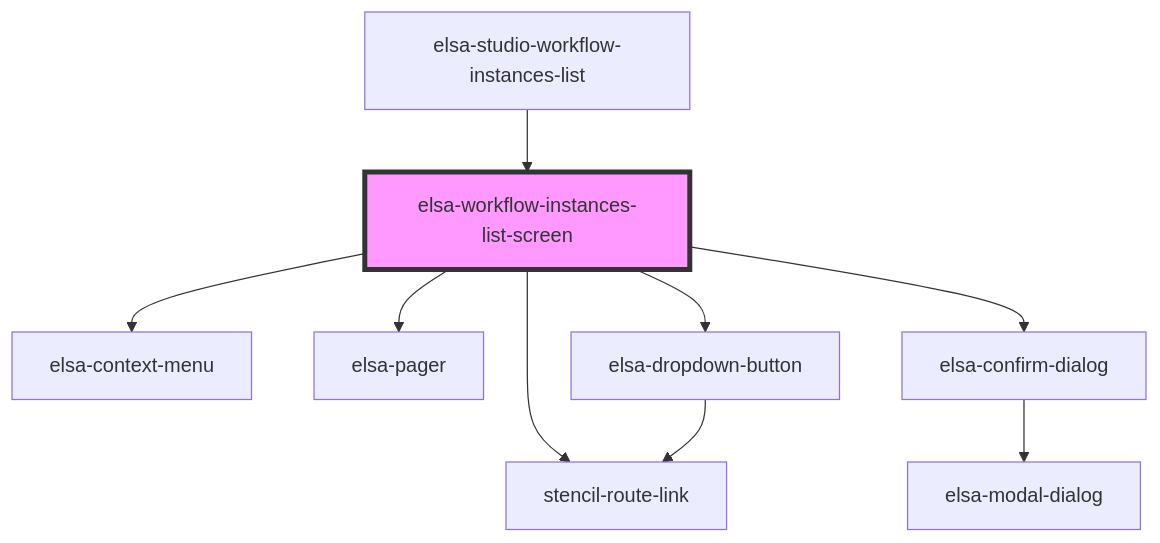
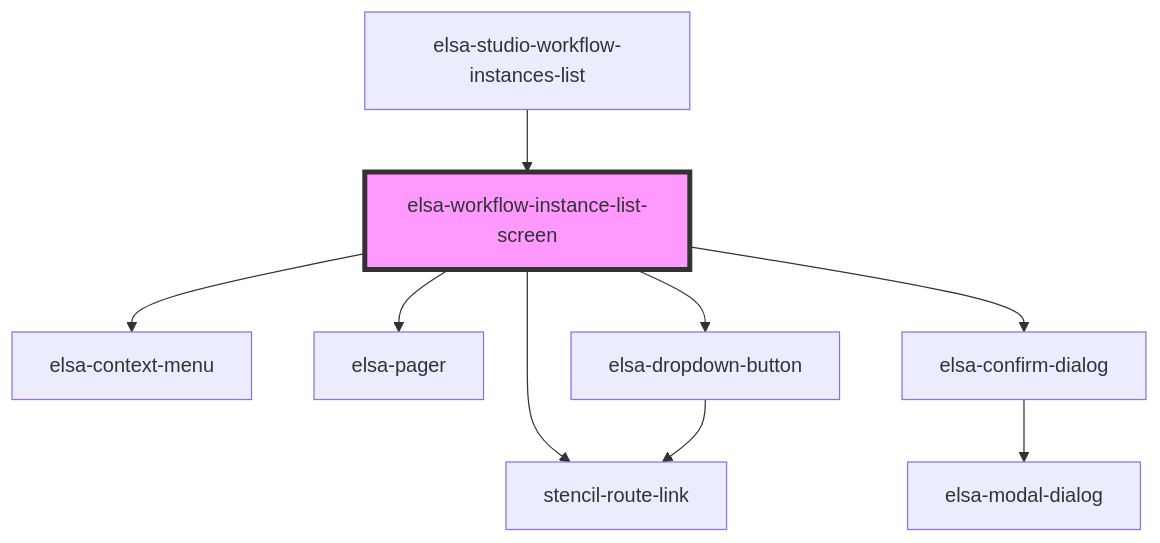
The diagram in src/designer/elsa-workflows-studio/src/components/screens/workflow-instance-list/elsa-workflow-instance-list-screen/readme.md (elsa-workflows/elsa-core), drawn with Mermaid before and after one commit. The commit also changed 22 other files, not shown here.

````diff
--- a/src/designer/elsa-workflows-studio/src/components/screens/workflow-instance-list/elsa-workflow-instance-list-screen/readme.md
+++ b/src/designer/elsa-workflows-studio/src/components/screens/workflow-instance-list/elsa-workflow-instance-list-screen/readme.md
@@ -31,12 +31,12 @@
 ```mermaid
 graph TD;
-  elsa-workflow-instances-list-screen --> stencil-route-link
-  elsa-workflow-instances-list-screen --> elsa-context-menu
-  elsa-workflow-instances-list-screen --> elsa-pager
-  elsa-workflow-instances-list-screen --> elsa-confirm-dialog
-  elsa-workflow-instances-list-screen --> elsa-dropdown-button
+  elsa-workflow-instance-list-screen --> stencil-route-link
+  elsa-workflow-instance-list-screen --> elsa-context-menu
+  elsa-workflow-instance-list-screen --> elsa-pager
+  elsa-workflow-instance-list-screen --> elsa-confirm-dialog
+  elsa-workflow-instance-list-screen --> elsa-dropdown-button
   elsa-confirm-dialog --> elsa-modal-dialog
   elsa-dropdown-button --> stencil-route-link
-  elsa-studio-workflow-instances-list --> elsa-workflow-instances-list-screen
-  style elsa-workflow-instances-list-screen fill:#f9f,stroke:#333,stroke-width:4px
+  elsa-studio-workflow-instances-list --> elsa-workflow-instance-list-screen
+  style elsa-workflow-instance-list-screen fill:#f9f,stroke:#333,stroke-width:4px
 ```
````
